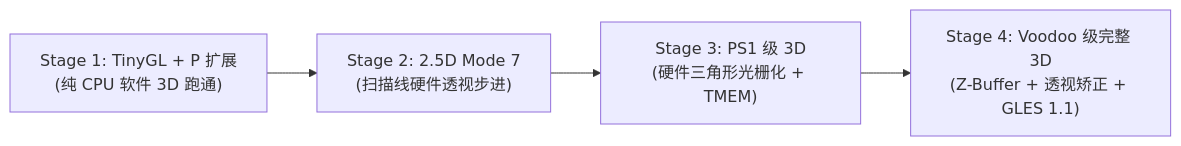
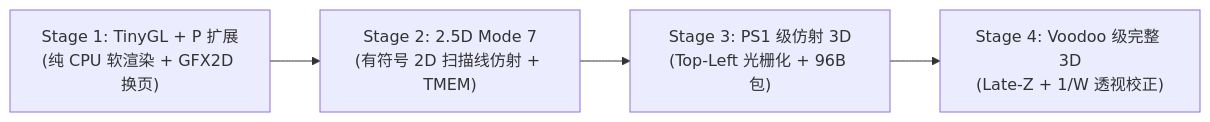
The second of 3 diagrams in docs/platforms/mega138k_ae350/gfx_3d.md (bearice/riscv-mini), drawn with Mermaid before and after one commit. The commit also changed other lines of this file, not shown here.

````diff
--- a/docs/platforms/mega138k_ae350/gfx_3d.md
+++ b/docs/platforms/mega138k_ae350/gfx_3d.md
@@ -71,6 +81,6 @@
 ```mermaid
 flowchart LR
-    M1["Stage 1: TinyGL + P 扩展<br/>(纯 CPU 软件 3D 跑通)"] --> M2["Stage 2: 2.5D Mode 7<br/>(扫描线硬件透视步进)"]
-    M2 --> M3["Stage 3: PS1 级 3D<br/>(硬件三角形光栅化 + TMEM)"]
-    M3 --> M4["Stage 4: Voodoo 级完整 3D<br/>(Z-Buffer + 透视矫正 + GLES 1.1)"]
+    M1["Stage 1: TinyGL + P 扩展<br/>(纯 CPU 软渲染 + GFX2D 换页)"] --> M2["Stage 2: 2.5D Mode 7<br/>(有符号 2D 扫描线仿射 + TMEM)"]
+    M2 --> M3["Stage 3: PS1 级仿射 3D<br/>(Top-Left 光栅化 + 96B 包)"]
+    M3 --> M4["Stage 4: Voodoo 级完整 3D<br/>(Late-Z + 1/W 透视校正)"]
 ```
````
